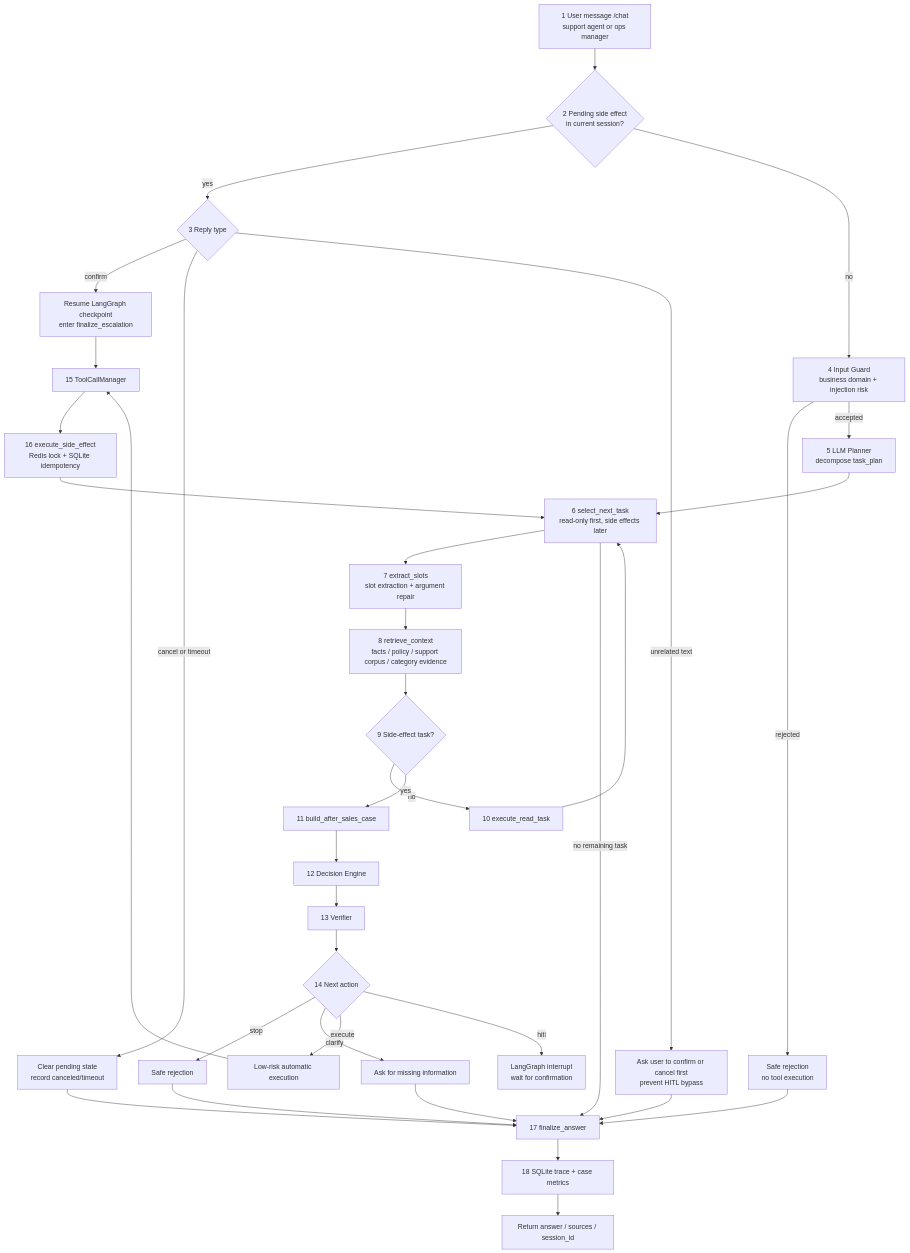
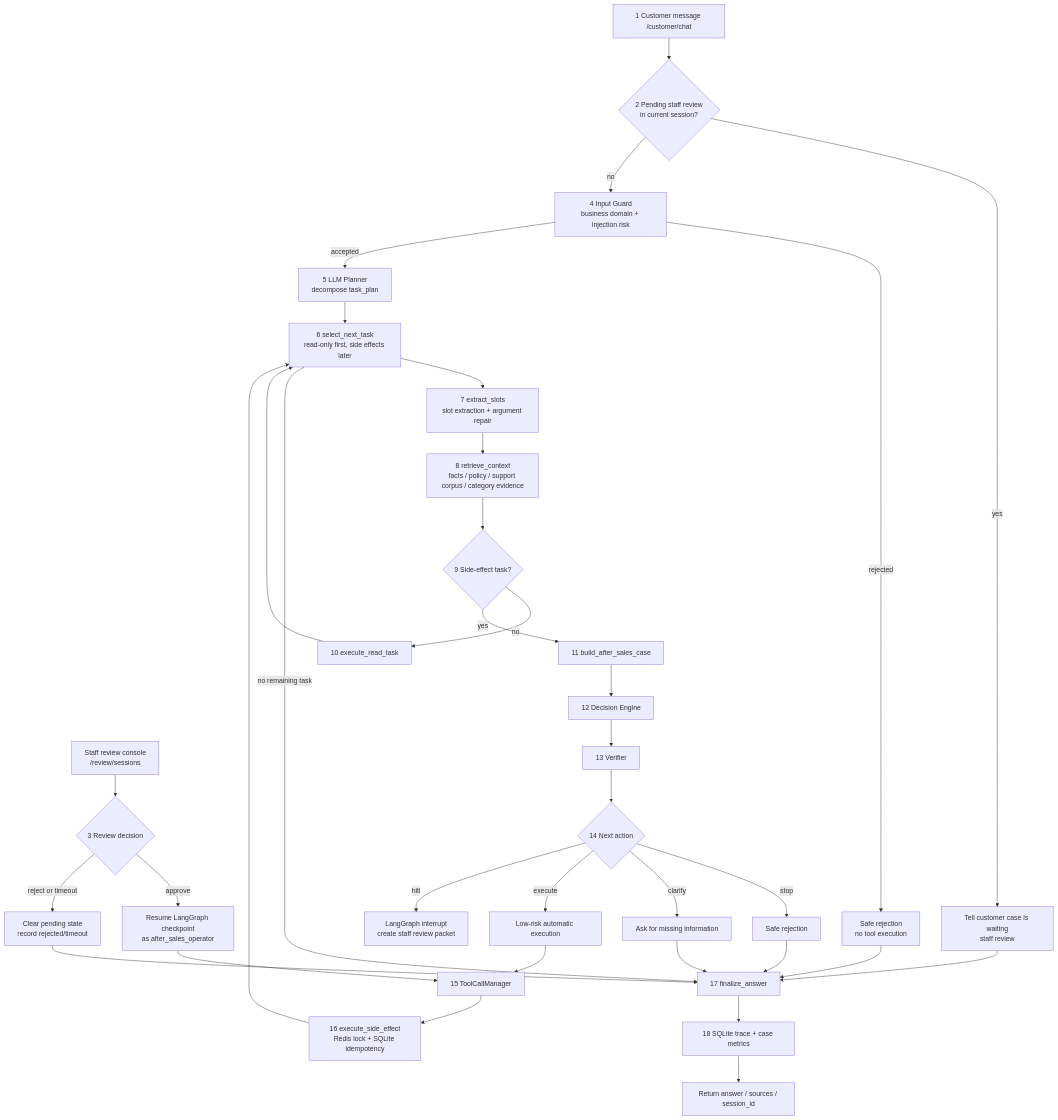
Before and after one commit to bigfish-emily/commerce-support-agent: the diagram in docs/diagrams/agent_execution_chain.mmd, drawn with Mermaid. The commit also changed 49 other files, not shown here.

Commit message:
refine self-service support agent flow

```diff
--- a/docs/diagrams/agent_execution_chain.mmd
+++ b/docs/diagrams/agent_execution_chain.mmd
@@ -1,35 +1,35 @@
 flowchart TD
-    A[1 User message /chat<br/>support agent or ops manager] --> B{2 Pending side effect<br/>in current session?}
-    B -- yes --> C{3 Reply type}
-    C -- confirm --> D[Resume LangGraph checkpoint<br/>enter finalize_escalation]
-    C -- cancel or timeout --> E[Clear pending state<br/>record canceled/timeout]
-    C -- unrelated text --> F[Ask user to confirm or cancel first<br/>prevent HITL bypass]
+    A[1 Customer message /customer/chat] --> B{2 Pending staff review<br/>in current session?}
+    Staff[Staff review console<br/>/review/sessions] --> C{3 Review decision}
+    B -- yes --> F[Tell customer case is waiting<br/>staff review]
+    C -- approve --> D[Resume LangGraph checkpoint<br/>as after_sales_operator]
+    C -- reject or timeout --> E[Clear pending state<br/>record rejected/timeout]
     B -- no --> G[4 Input Guard<br/>business domain + injection risk]
     G -- rejected --> H[Safe rejection<br/>no tool execution]
     G -- accepted --> I[5 LLM Planner<br/>decompose task_plan]
     I --> J[6 select_next_task<br/>read-only first, side effects later]
     J --> K[7 extract_slots<br/>slot extraction + argument repair]
     K --> L[8 retrieve_context<br/>facts / policy / support corpus / category evidence]
     L --> M{9 Side-effect task?}
     M -- no --> N[10 execute_read_task]
     N --> J
     M -- yes --> O[11 build_after_sales_case]
     O --> P[12 Decision Engine]
     P --> Q[13 Verifier]
     Q --> R{14 Next action}
     R -- stop --> S[Safe rejection]
     R -- clarify --> T[Ask for missing information]
     R -- execute --> U[Low-risk automatic execution]
-    R -- hitl --> V[LangGraph interrupt<br/>wait for confirmation]
+    R -- hitl --> V[LangGraph interrupt<br/>create staff review packet]
     U --> W[15 ToolCallManager]
     D --> W
     W --> Y[16 execute_side_effect<br/>Redis lock + SQLite idempotency]
     S --> Z[17 finalize_answer]
     T --> Z
     E --> Z
     F --> Z
     H --> Z
     Y --> J
     J -- no remaining task --> Z
     Z --> AA[18 SQLite trace + case metrics]
     AA --> AB[Return answer / sources / session_id]
```
